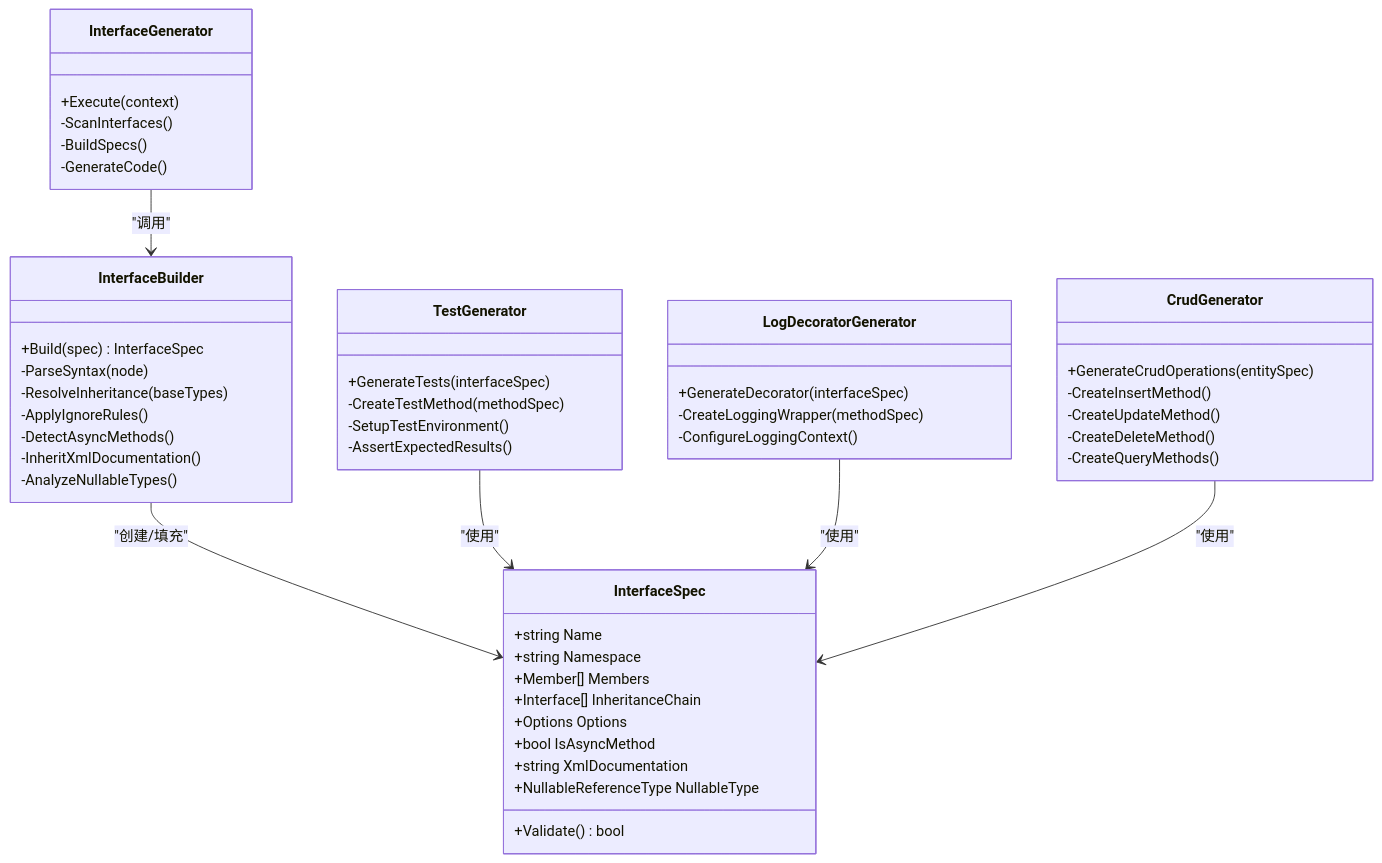
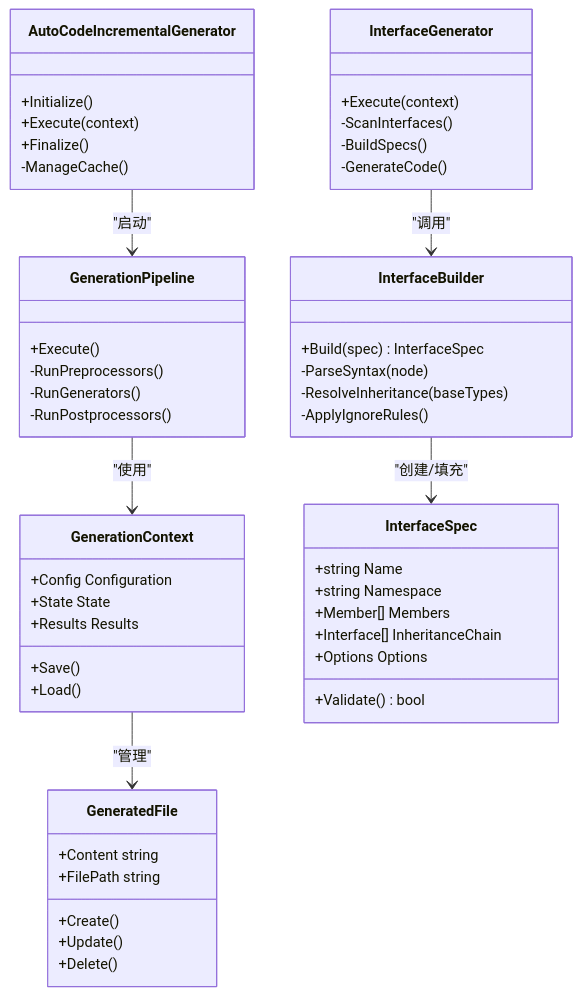
One commit to alivy/AutoCode changed the third of 7 diagrams in .qoder/repowiki/zh/content/源代码生成器/源代码生成器.md. Above: the diagram before and after it, drawn with Mermaid. The commit also changed other lines of this file and 150 other files, not shown here.

````diff
--- a/.qoder/repowiki/zh/content/源代码生成器/源代码生成器.md
+++ b/.qoder/repowiki/zh/content/源代码生成器/源代码生成器.md
@@ -247,52 +357,54 @@
 ```mermaid
 classDiagram
+class AutoCodeIncrementalGenerator {
++Initialize()
++Execute(context)
++Finalize()
+-ManageCache()
+}
+class GenerationPipeline {
++Execute()
+-RunPreprocessors()
+-RunGenerators()
+-RunPostprocessors()
+}
+class GenerationContext {
++Config Configuration
++State State
++Results Results
++Save()
++Load()
+}
+class GeneratedFile {
++Content string
++FilePath string
++Create()
++Update()
++Delete()
+}
 class InterfaceSpec {
 +string Name
 +string Namespace
 +Member[] Members
 +Interface[] InheritanceChain
 +Options Options
-+bool IsAsyncMethod
-+string XmlDocumentation
-+NullableReferenceType NullableType
 +Validate() bool
 }
 class InterfaceBuilder {
 +Build(spec) InterfaceSpec
 -ParseSyntax(node)
 -ResolveInheritance(baseTypes)
 -ApplyIgnoreRules()
--DetectAsyncMethods()
--InheritXmlDocumentation()
--AnalyzeNullableTypes()
 }
 class InterfaceGenerator {
 +Execute(context)
 -ScanInterfaces()
 -BuildSpecs()
 -GenerateCode()
 }
-class TestGenerator {
-+GenerateTests(interfaceSpec)
--CreateTestMethod(methodSpec)
--SetupTestEnvironment()
--AssertExpectedResults()
-}
-class LogDecoratorGenerator {
-+GenerateDecorator(interfaceSpec)
--CreateLoggingWrapper(methodSpec)
--ConfigureLoggingContext()
-}
-class CrudGenerator {
-+GenerateCrudOperations(entitySpec)
--CreateInsertMethod()
--CreateUpdateMethod()
--CreateDeleteMethod()
--CreateQueryMethods()
-}
+AutoCodeIncrementalGenerator --> GenerationPipeline : "启动"
+GenerationPipeline --> GenerationContext : "使用"
+GenerationContext --> GeneratedFile : "管理"
 InterfaceGenerator --> InterfaceBuilder : "调用"
 InterfaceBuilder --> InterfaceSpec : "创建/填充"
-TestGenerator --> InterfaceSpec : "使用"
-LogDecoratorGenerator --> InterfaceSpec : "使用"
-CrudGenerator --> InterfaceSpec : "使用"
 ```
````
